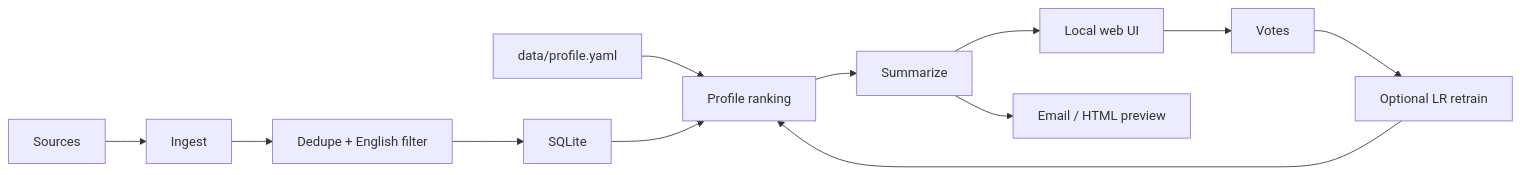
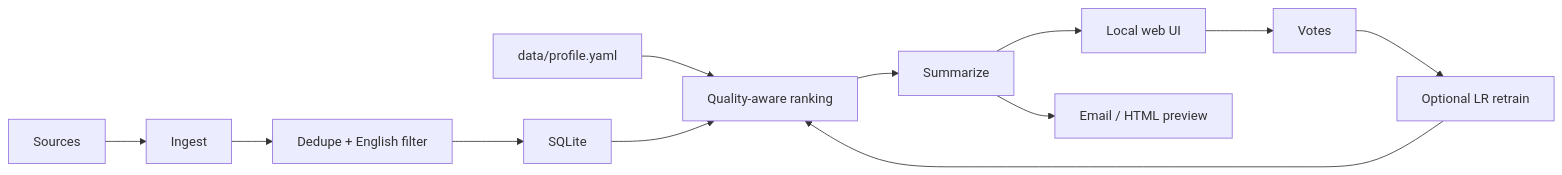
Before and after one commit to Antimonyleo/daily_digests: the diagram in README.md, drawn with Mermaid. The commit also changed other lines of this file and 8 other files, not shown here.

Commit message:
Improve digest ranking quality

````diff
--- a/README.md
+++ b/README.md
@@ -104,17 +110,17 @@
 ```mermaid
 flowchart LR
     accTitle: DailyDigest Pipeline
     accDescr: Sources are ingested into SQLite, ranked against the user profile, summarized, shown in the local UI or email preview, and improved through feedback.
 
     sources["Sources"] --> ingest["Ingest"]
     ingest --> dedupe["Dedupe + English filter"]
     dedupe --> store["SQLite"]
-    profile["data/profile.yaml"] --> rank["Profile ranking"]
+    profile["data/profile.yaml"] --> rank["Quality-aware ranking"]
     store --> rank
     rank --> summarize["Summarize"]
     summarize --> ui["Local web UI"]
     summarize --> email["Email / HTML preview"]
     ui --> votes["Votes"]
     votes --> ranker["Optional LR retrain"]
     ranker --> rank
 ```
````
